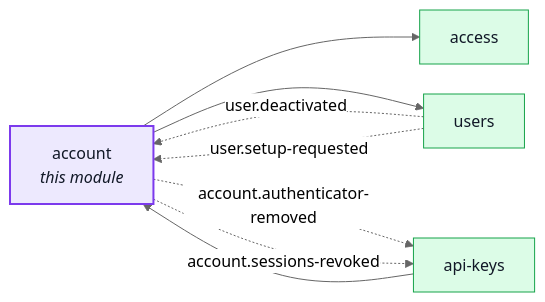
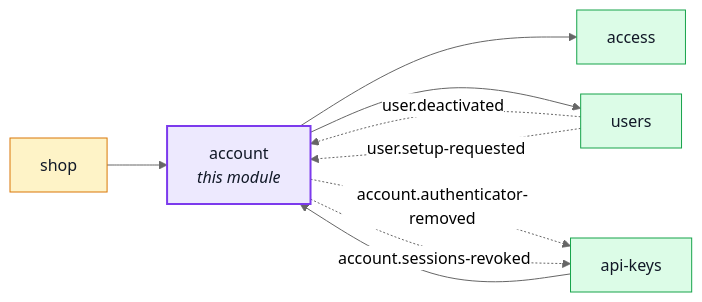
One commit to Guebbit/boilerplate-node-backend changed the first of 5 diagrams in docs/modules/account.md. Above: the diagram before and after it, drawn with Mermaid (neutral theme). The commit also changed 16 other files, not shown here.

````diff
--- a/docs/modules/account.md
+++ b/docs/modules/account.md
@@ -16,23 +16,26 @@
 ```mermaid
 %%{init: {'flowchart': {'nodeSpacing': 30, 'rankSpacing': 60}}}%%
 flowchart LR
     account["account<br/><i>this module</i>"]
     access["access"]
     api_keys["api-keys"]
+    shop["shop"]
     users["users"]
 
     api_keys --> account
+    shop --> account
     account --> access
     account --> users
     users -. "user.deactivated" .-> account
     users -. "user.setup-requested" .-> account
     account -. "account.authenticator-removed" .-> api_keys
     account -. "account.sessions-revoked" .-> api_keys
 
     classDef core fill:#dbeafe,stroke:#2563eb,color:#111827;
     classDef supporting fill:#fef3c7,stroke:#d97706,color:#111827;
     classDef generic fill:#dcfce7,stroke:#16a34a,color:#111827;
     classDef centre fill:#ede9fe,stroke:#7c3aed,stroke-width:2px,color:#111827;
+    class shop supporting;
     class access,api_keys,users generic;
     class account centre;
 ```
````
